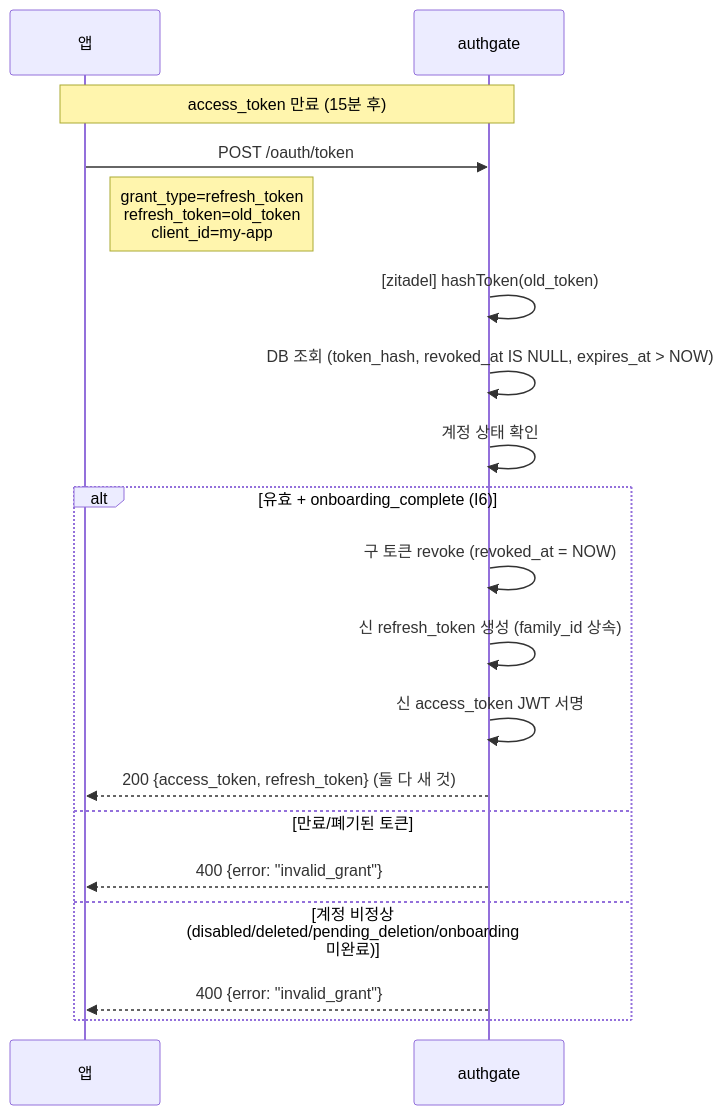
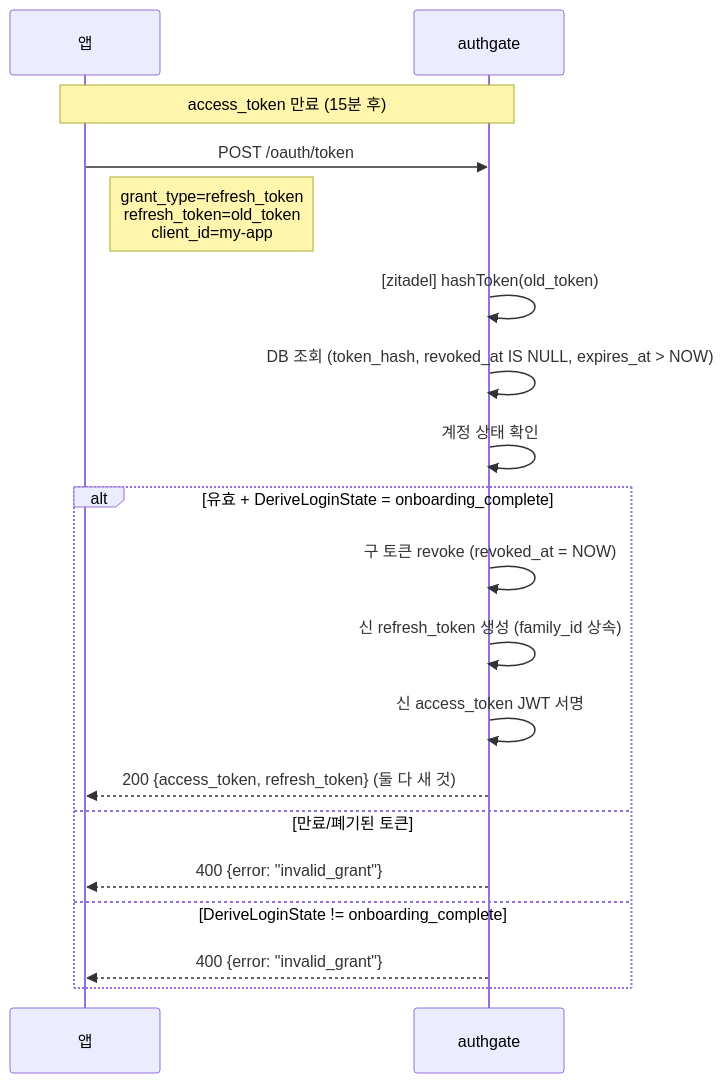
One commit to cagojeiger/authgate changed the first of 4 diagrams in docs/spec/005-token-lifecycle.md. Above: the diagram before and after it, drawn with Mermaid. The commit also changed other lines of this file and 8 other files, not shown here.

First line of the commit message:
docs: introduce DeriveLoginState, fix CASCADE bug, close remaining gaps

````diff
--- a/docs/spec/005-token-lifecycle.md
+++ b/docs/spec/005-token-lifecycle.md
@@ -33,24 +33,24 @@
 ```mermaid
 sequenceDiagram
     participant App as 앱
     participant AG as authgate
 
     Note over App,AG: access_token 만료 (15분 후)
     App->>AG: POST /oauth/token
     Note right of App: grant_type=refresh_token<br/>refresh_token=old_token<br/>client_id=my-app
 
     AG->>AG: [zitadel] hashToken(old_token)
     AG->>AG: DB 조회 (token_hash, revoked_at IS NULL, expires_at > NOW)
     AG->>AG: 계정 상태 확인
 
-    alt 유효 + onboarding_complete (I6)
+    alt 유효 + DeriveLoginState = onboarding_complete
         AG->>AG: 구 토큰 revoke (revoked_at = NOW)
         AG->>AG: 신 refresh_token 생성 (family_id 상속)
         AG->>AG: 신 access_token JWT 서명
         AG-->>App: 200 {access_token, refresh_token} (둘 다 새 것)
     else 만료/폐기된 토큰
         AG-->>App: 400 {error: "invalid_grant"}
-    else 계정 비정상 (disabled/deleted/pending_deletion/onboarding 미완료)
+    else DeriveLoginState != onboarding_complete
         AG-->>App: 400 {error: "invalid_grant"}
     end
 ```
````
